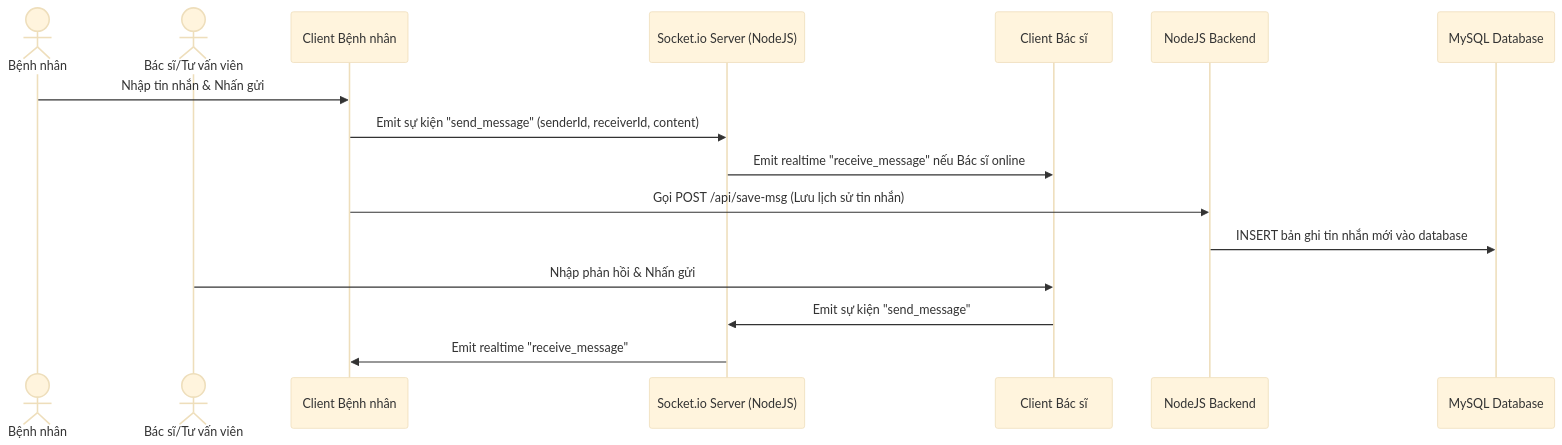
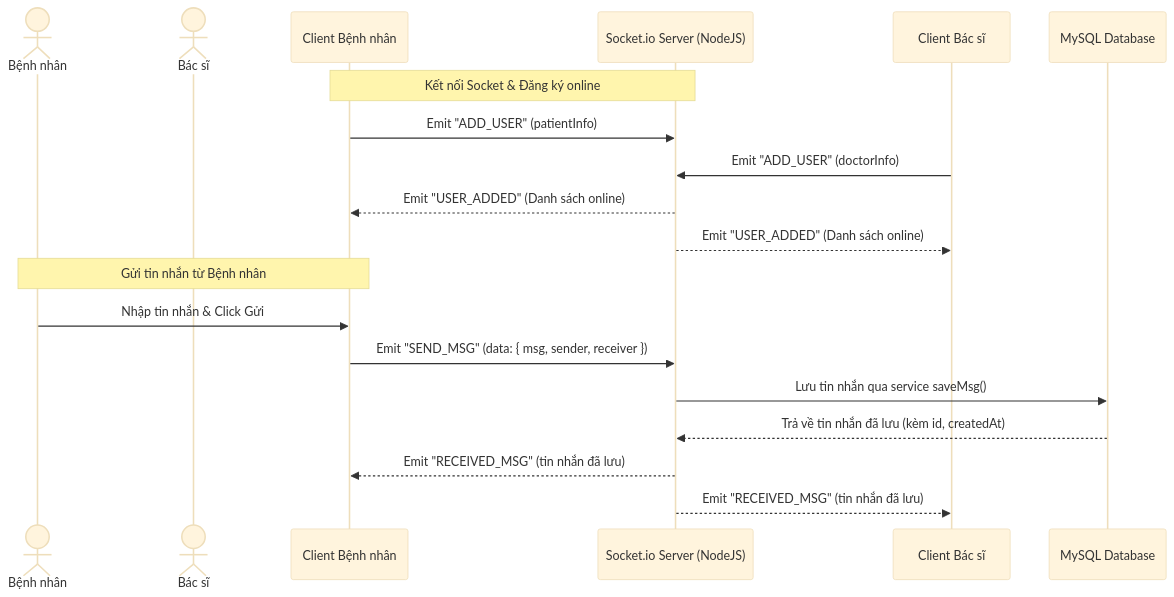
The tenth of 12 diagrams in docs/workflows.md (TranXuanDuc28/medical-appointment-system), drawn with Mermaid (base theme) before and after one commit. The commit also changed other lines of this file and 2 other files, not shown here.

````diff
--- a/docs/workflows.md
+++ b/docs/workflows.md
@@ -188,19 +251,25 @@
 ```mermaid
 sequenceDiagram
   actor Patient as Bệnh nhân
-  actor Doctor as Bác sĩ/Tư vấn viên
+  actor Doctor as Bác sĩ
   participant ClientP as Client Bệnh nhân
   participant Socket as Socket.io Server (NodeJS)
   participant ClientD as Client Bác sĩ
-  participant Server as NodeJS Backend
   participant DB as MySQL Database
 
-  Patient->>ClientP: Nhập tin nhắn & Nhấn gửi
-  ClientP->>Socket: Emit sự kiện "send_message" (senderId, receiverId, content)
-  Socket->>ClientD: Emit realtime "receive_message" nếu Bác sĩ online
-  ClientP->>Server: Gọi POST /api/save-msg (Lưu lịch sử tin nhắn)
-  Server->>DB: INSERT bản ghi tin nhắn mới vào database
-  Doctor->>ClientD: Nhập phản hồi & Nhấn gửi
-  ClientD->>Socket: Emit sự kiện "send_message"
-  Socket->>ClientP: Emit realtime "receive_message"
+  %% Kết nối & Đăng ký online
+  Note over ClientP, Socket: Kết nối Socket & Đăng ký online
+  ClientP->>Socket: Emit "ADD_USER" (patientInfo)
+  ClientD->>Socket: Emit "ADD_USER" (doctorInfo)
+  Socket-->>ClientP: Emit "USER_ADDED" (Danh sách online)
+  Socket-->>ClientD: Emit "USER_ADDED" (Danh sách online)
+
+  %% Gửi tin nhắn
+  Note over Patient, ClientP: Gửi tin nhắn từ Bệnh nhân
+  Patient->>ClientP: Nhập tin nhắn & Click Gửi
+  ClientP->>Socket: Emit "SEND_MSG" (data: { msg, sender, receiver })
+  Socket->>DB: Lưu tin nhắn qua service saveMsg()
+  DB-->>Socket: Trả về tin nhắn đã lưu (kèm id, createdAt)
+  Socket-->>ClientP: Emit "RECEIVED_MSG" (tin nhắn đã lưu)
+  Socket-->>ClientD: Emit "RECEIVED_MSG" (tin nhắn đã lưu)
 ```
````
